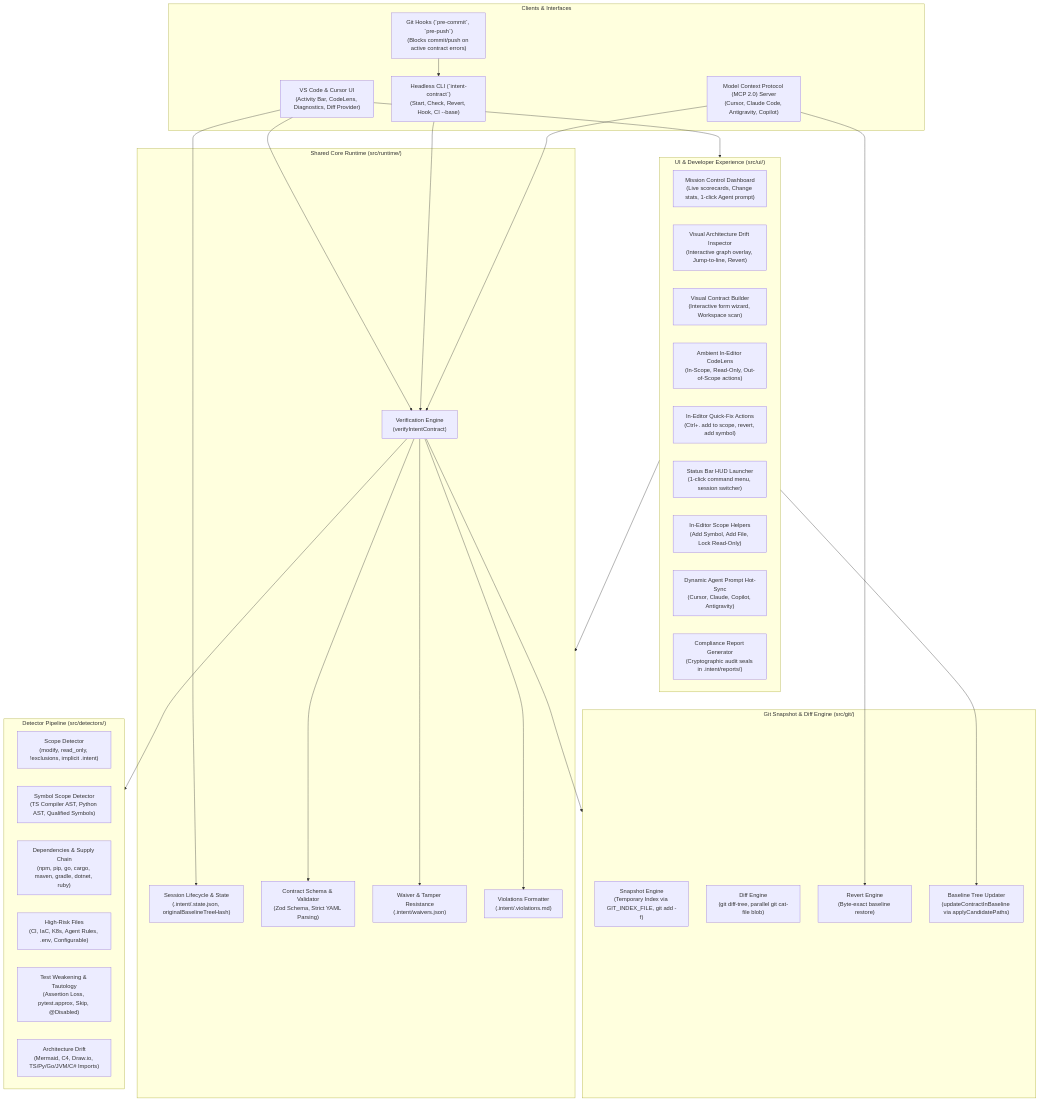
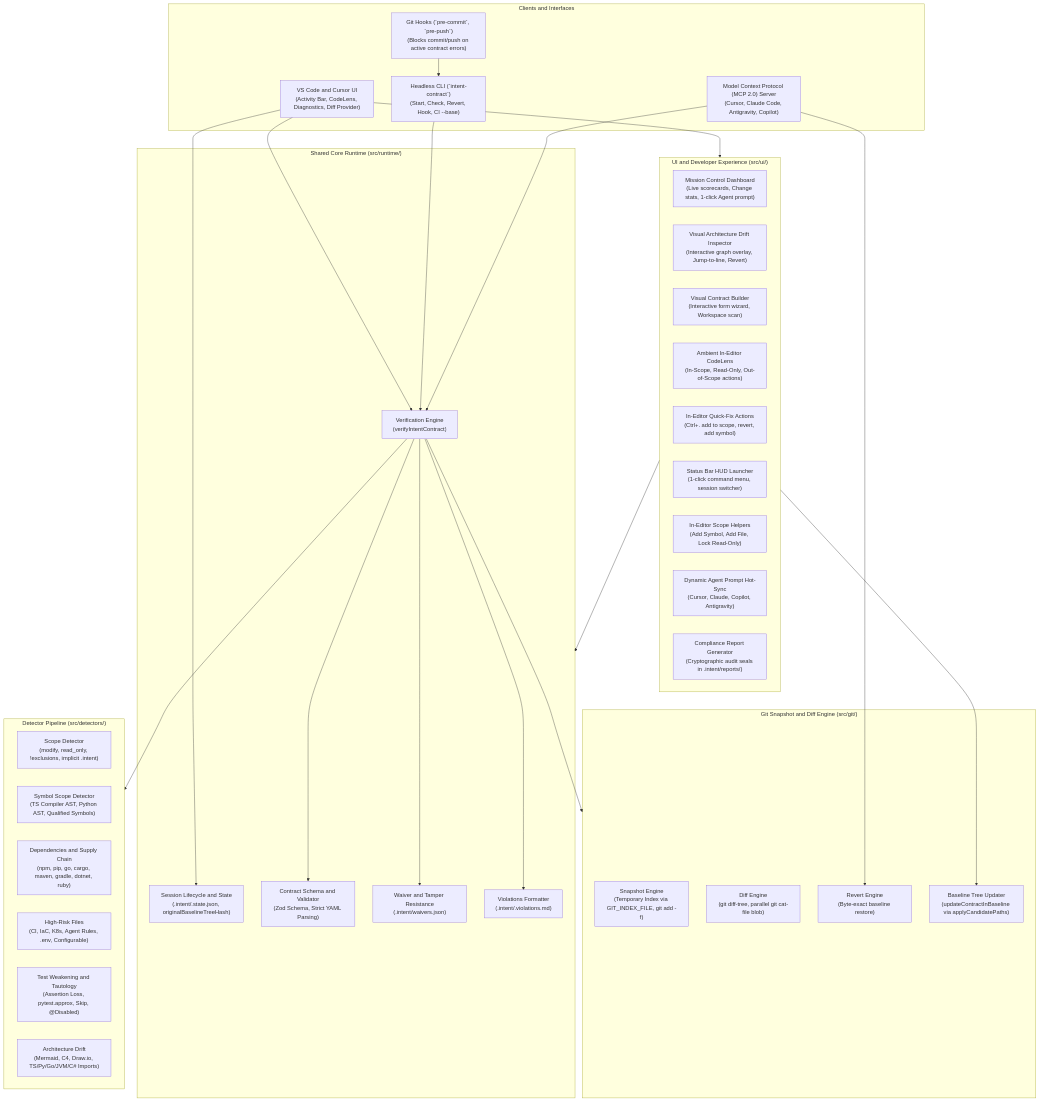
The first of 3 diagrams in docs/intent-contract-architecture.md (anilkumar4/intent-contract-vs-ext), drawn with Mermaid before and after one commit. The commit also changed 6 other files, not shown here.

First line of the commit message:
fix(ui,docs): use native monochromatic SVG activity bar icon and fix mermaid flowchart subgraph layout

````diff
--- a/docs/intent-contract-architecture.md
+++ b/docs/intent-contract-architecture.md
@@ -44,61 +44,61 @@
 ```mermaid
 flowchart TD
-    subgraph Clients["Clients & Interfaces"]
-        IDE["VS Code & Cursor UI<br/>(Activity Bar, CodeLens, Diagnostics, Diff Provider)"]
+    subgraph Clients["Clients and Interfaces"]
+        IDE["VS Code and Cursor UI<br/>(Activity Bar, CodeLens, Diagnostics, Diff Provider)"]
         CLI["Headless CLI (`intent-contract`)<br/>(Start, Check, Revert, Hook, CI --base)"]
         MCP["Model Context Protocol (MCP 2.0) Server<br/>(Cursor, Claude Code, Antigravity, Copilot)"]
         HOOKS["Git Hooks (`pre-commit`, `pre-push`)<br/>(Blocks commit/push on active contract errors)"]
     end
 
-    subgraph UILayer["UI & Developer Experience (src/ui/)"]
+    subgraph UILayer["UI and Developer Experience (src/ui/)"]
         Dashboard["Mission Control Dashboard<br/>(Live scorecards, Change stats, 1-click Agent prompt)"]
         ArchInspector["Visual Architecture Drift Inspector<br/>(Interactive graph overlay, Jump-to-line, Revert)"]
         VisualBuilder["Visual Contract Builder<br/>(Interactive form wizard, Workspace scan)"]
         CodeLens["Ambient In-Editor CodeLens<br/>(In-Scope, Read-Only, Out-of-Scope actions)"]
         QuickFix["In-Editor Quick-Fix Actions<br/>(Ctrl+. add to scope, revert, add symbol)"]
         StatusHUD["Status Bar HUD Launcher<br/>(1-click command menu, session switcher)"]
         ScopeHelpers["In-Editor Scope Helpers<br/>(Add Symbol, Add File, Lock Read-Only)"]
         AgentSync["Dynamic Agent Prompt Hot-Sync<br/>(Cursor, Claude, Copilot, Antigravity)"]
         ReportGen["Compliance Report Generator<br/>(Cryptographic audit seals in .intent/reports/)"]
     end
 
     subgraph Runtime["Shared Core Runtime (src/runtime/)"]
-        Lifecycle["Session Lifecycle & State<br/>(.intent/.state.json, originalBaselineTreeHash)"]
-        ContractLoader["Contract Schema & Validator<br/>(Zod Schema, Strict YAML Parsing)"]
+        Lifecycle["Session Lifecycle and State<br/>(.intent/.state.json, originalBaselineTreeHash)"]
+        ContractLoader["Contract Schema and Validator<br/>(Zod Schema, Strict YAML Parsing)"]
         VerificationEngine["Verification Engine<br/>(verifyIntentContract)"]
-        Waivers["Waiver & Tamper Resistance<br/>(.intent/waivers.json)"]
+        Waivers["Waiver and Tamper Resistance<br/>(.intent/waivers.json)"]
         Violations["Violations Formatter<br/>(.intent/.violations.md)"]
     end
 
-    subgraph GitEngine["Git Snapshot & Diff Engine (src/git/)"]
+    subgraph GitEngine["Git Snapshot and Diff Engine (src/git/)"]
         Snapshot["Snapshot Engine<br/>(Temporary Index via GIT_INDEX_FILE, git add -f)"]
         DiffEngine["Diff Engine<br/>(git diff-tree, parallel git cat-file blob)"]
         RevertEngine["Revert Engine<br/>(Byte-exact baseline restore)"]
         BaselineSync["Baseline Tree Updater<br/>(updateContractInBaseline via applyCandidatePaths)"]
     end
 
     subgraph Detectors["Detector Pipeline (src/detectors/)"]
         D_Scope["Scope Detector<br/>(modify, read_only, !exclusions, implicit .intent)"]
         D_Symbol["Symbol Scope Detector<br/>(TS Compiler AST, Python AST, Qualified Symbols)"]
-        D_Dep["Dependencies & Supply Chain<br/>(npm, pip, go, cargo, maven, gradle, dotnet, ruby)"]
+        D_Dep["Dependencies and Supply Chain<br/>(npm, pip, go, cargo, maven, gradle, dotnet, ruby)"]
         D_Risk["High-Risk Files<br/>(CI, IaC, K8s, Agent Rules, .env, Configurable)"]
-        D_Test["Test Weakening & Tautology<br/>(Assertion Loss, pytest.approx, Skip, @Disabled)"]
+        D_Test["Test Weakening and Tautology<br/>(Assertion Loss, pytest.approx, Skip, @Disabled)"]
         D_Arch["Architecture Drift<br/>(Mermaid, C4, Draw.io, TS/Py/Go/JVM/C# Imports)"]
     end
 
     IDE --> UILayer
     UILayer --> Runtime
     UILayer --> BaselineSync
     IDE --> Lifecycle
     IDE --> VerificationEngine
     CLI --> VerificationEngine
     HOOKS --> CLI
     MCP --> VerificationEngine
     MCP --> RevertEngine
 
     VerificationEngine --> ContractLoader
     VerificationEngine --> GitEngine
     VerificationEngine --> Detectors
     VerificationEngine --> Waivers
     VerificationEngine --> Violations
 ```
````
